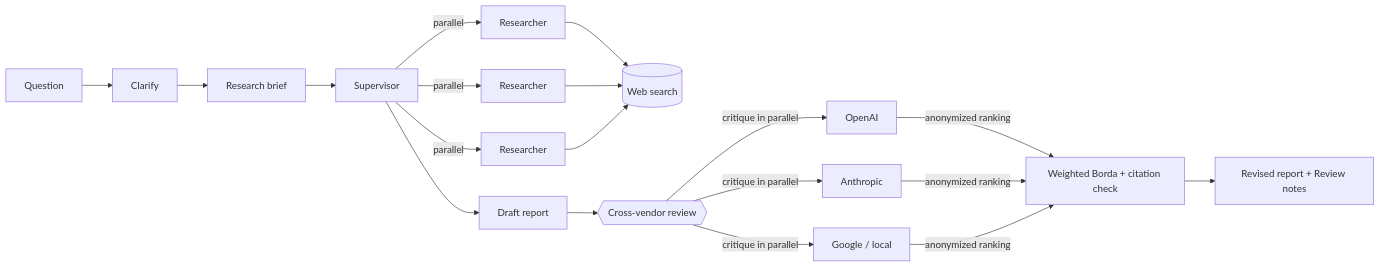
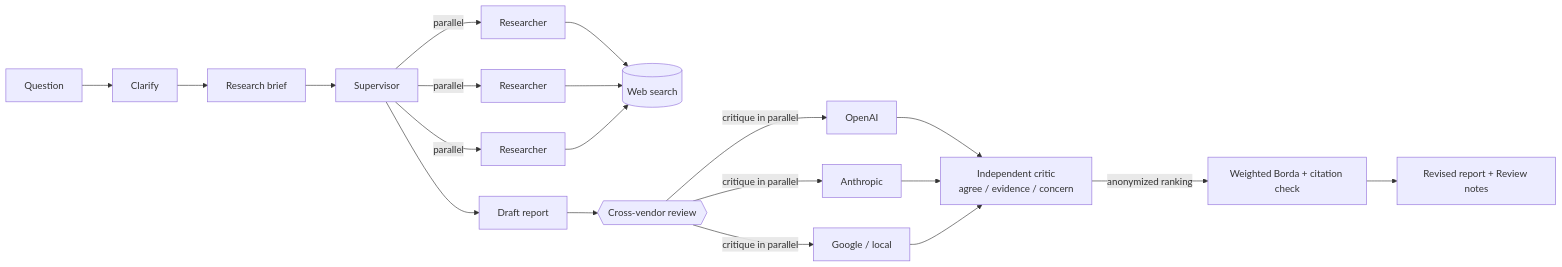
Before and after one commit to j-zulick/crossvet: the diagram in README.md, drawn with Mermaid. The commit also changed other lines of this file and 4 other files, not shown here.

````diff
--- a/README.md
+++ b/README.md
@@ -16,11 +17,12 @@
 ```mermaid
 flowchart LR
     Q[Question] --> C[Clarify] --> B[Research brief] --> S[Supervisor]
     S -->|parallel| R1[Researcher] & R2[Researcher] & R3[Researcher]
     R1 & R2 & R3 --> W[(Web search)]
     S --> F[Draft report]
     F --> X{{Cross-vendor review}}
     X -->|critique in parallel| M1[OpenAI] & M2[Anthropic] & M3[Google / local]
-    M1 & M2 & M3 -->|anonymized ranking| V[Weighted Borda + citation check]
+    M1 & M2 & M3 --> K[Independent critic<br/>agree / evidence / concern]
+    K -->|anonymized ranking| V[Weighted Borda + citation check]
     V --> FR[Revised report + Review notes]
 ```
````
